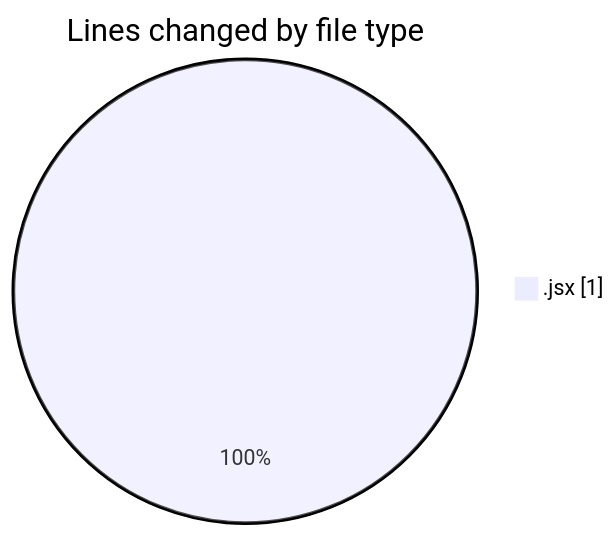
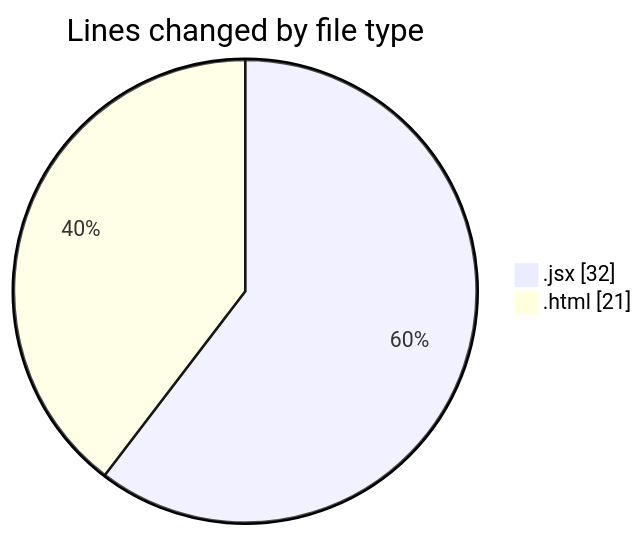
The first of 2 diagrams in 2025-02-13/elitegpt/README.md (Elitesun/code-tracking), drawn with Mermaid before and after one commit. The commit also changed other lines of this file and 1 other file, not shown here.

````diff
--- a/2025-02-13/elitegpt/README.md
+++ b/2025-02-13/elitegpt/README.md
@@ -20,5 +21,6 @@
 ```mermaid
 pie showData
 title Lines changed by file type
-".jsx" : 1
+".jsx" : 32
+".html" : 21
 ```
````
